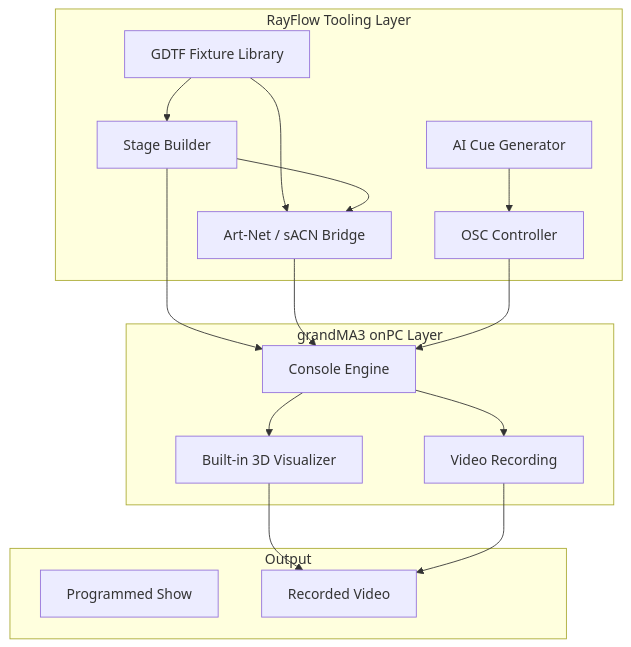
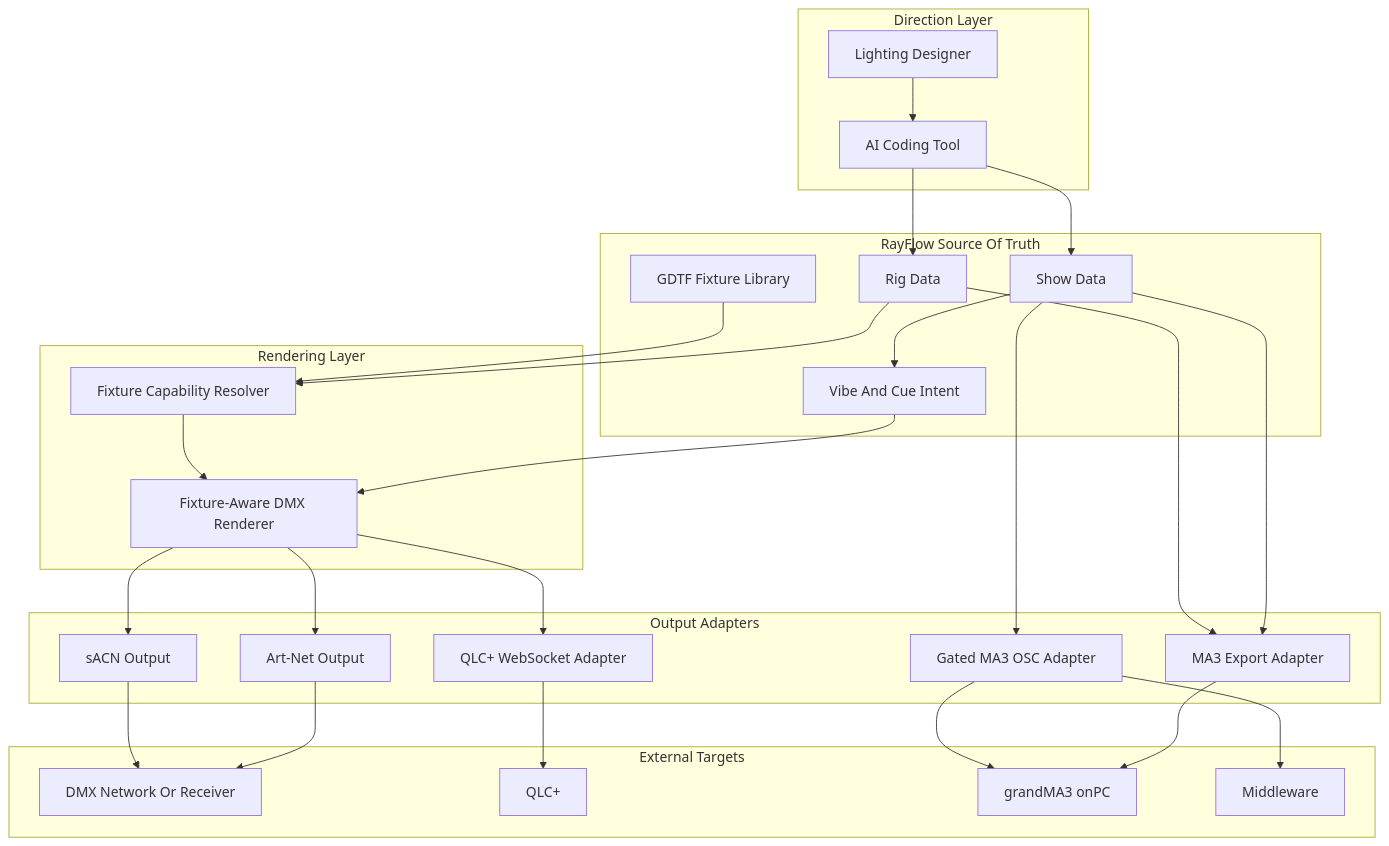
Before and after one commit to connorkitchings/rayflow: the diagram in docs/architecture/system_overview.md, drawn with Mermaid. The commit also changed other lines of this file and 43 other files, not shown here.

````diff
--- a/docs/architecture/system_overview.md
+++ b/docs/architecture/system_overview.md
@@ -7,33 +8,55 @@
 ```mermaid
 graph TD
-    subgraph "RayFlow Tooling Layer"
-        A[GDTF Fixture Library]
-        B[Stage Builder]
-        C[AI Cue Generator]
-        D[Art-Net / sACN Bridge]
-        E[OSC Controller]
+    subgraph "Direction Layer"
+        U[Lighting Designer]
+        AI[AI Coding Tool]
     end
 
-    subgraph "grandMA3 onPC Layer"
-        F[Console Engine]
-        G[Built-in 3D Visualizer]
-        H[Video Recording]
+    subgraph "RayFlow Source Of Truth"
+        S[Show Data]
+        R[Rig Data]
+        G[GDTF Fixture Library]
+        V[Vibe And Cue Intent]
     end
 
-    subgraph "Output"
-        I[Programmed Show]
-        J[Recorded Video]
+    subgraph "Rendering Layer"
+        C[Fixture Capability Resolver]
+        D[Fixture-Aware DMX Renderer]
     end
 
-    A --> B
-    A --> D
-    B --> D
-    B --> F
-    C --> E
-    D --> F
-    E --> F
-    F --> G
-    F --> H
-    G --> J
-    H --> J
+    subgraph "Output Adapters"
+        A[Art-Net Output]
+        E[sACN Output]
+        Q[QLC+ WebSocket Adapter]
+        M[MA3 Export Adapter]
+        O[Gated MA3 OSC Adapter]
+    end
+
+    subgraph "External Targets"
+        N[DMX Network Or Receiver]
+        QLC[QLC+]
+        MA[grandMA3 onPC]
+        Mid[Middleware]
+    end
+
+    U --> AI
+    AI --> S
+    AI --> R
+    S --> V
+    R --> C
+    G --> C
+    V --> D
+    C --> D
+    D --> A
+    D --> E
+    D --> Q
+    S --> M
+    R --> M
+    S --> O
+    A --> N
+    E --> N
+    Q --> QLC
+    M --> MA
+    O --> MA
+    O --> Mid
 ```
````
